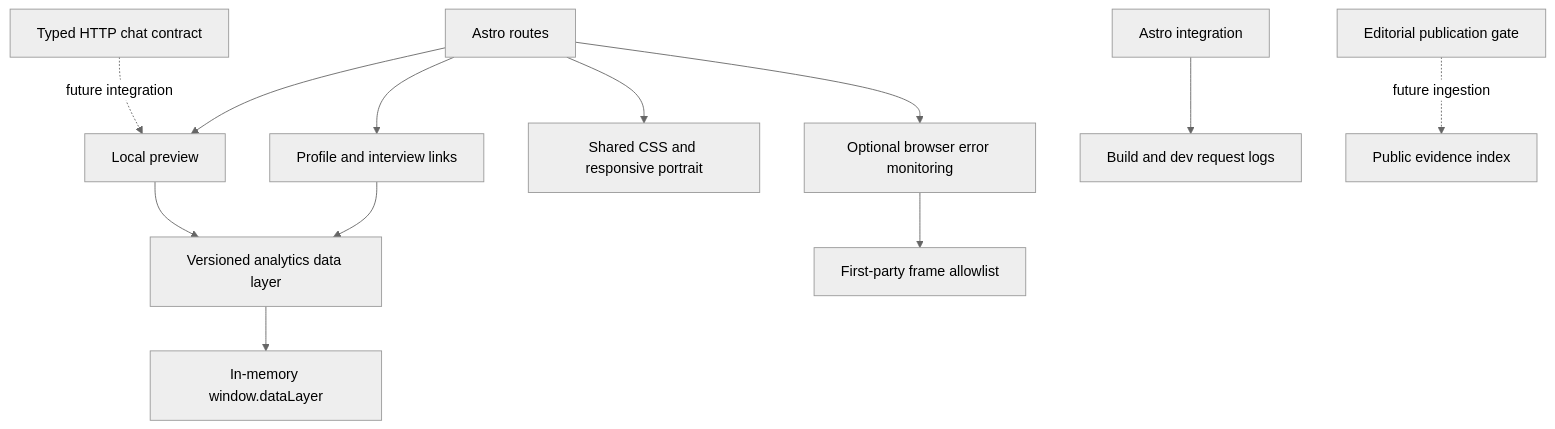
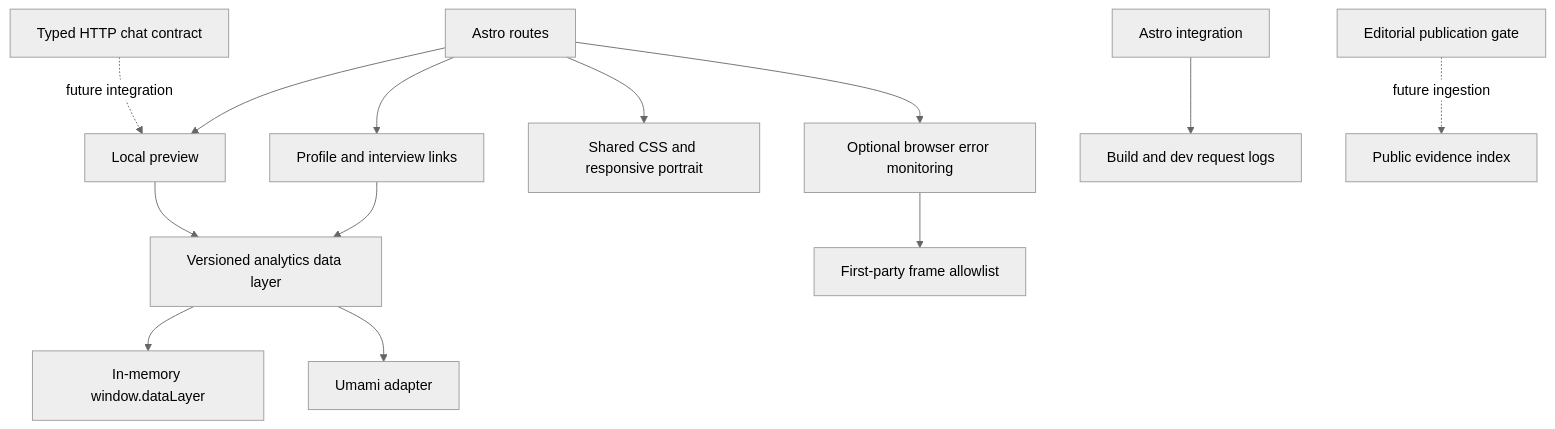
The second of 4 diagrams in docs/ARCHITECTURE.md (povedica/mi-cv), drawn with Mermaid (neutral theme) before and after one commit. The commit also changed other lines of this file and 18 other files, not shown here.

````diff
--- a/docs/ARCHITECTURE.md
+++ b/docs/ARCHITECTURE.md
@@ -24,14 +25,15 @@
 ```mermaid
 flowchart TD
   Astro[Astro routes] --> Home[Profile and interview links]
   Astro --> Interview[Local preview]
   Astro --> Assets[Shared CSS and responsive portrait]
   Home --> Data[Versioned analytics data layer]
   Interview --> Data
   Data --> Queue[In-memory window.dataLayer]
+  Data --> Adapter[Umami adapter]
   Astro --> Errors[Optional browser error monitoring]
   Errors --> Scrubber[First-party frame allowlist]
   Config[Astro integration] --> Logs[Build and dev request logs]
   Gate[Editorial publication gate] -. future ingestion .-> Evidence[Public evidence index]
   Contract[Typed HTTP chat contract] -. future integration .-> Interview
 ```
````
